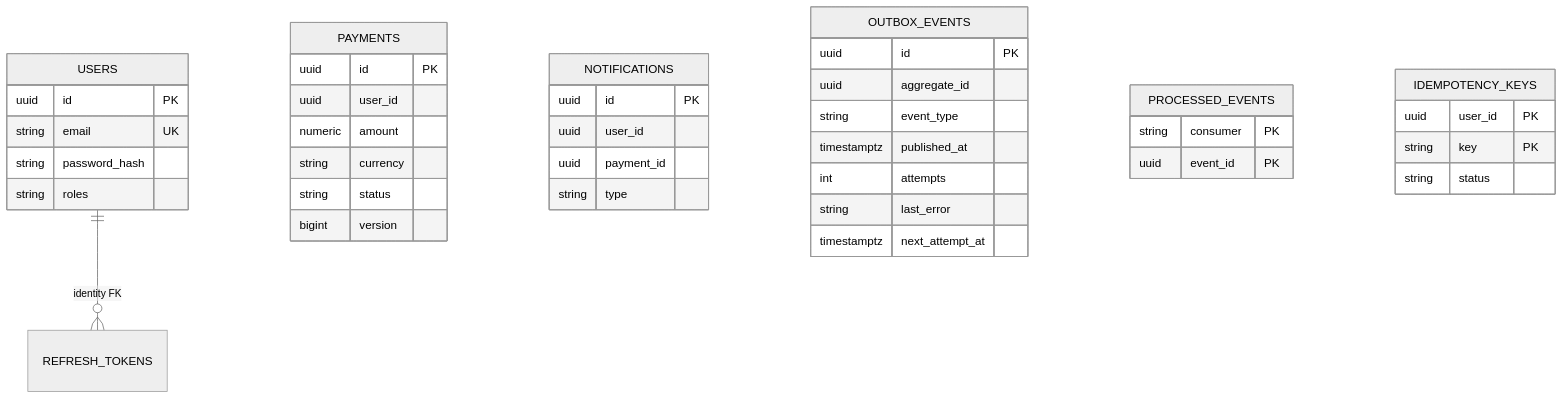
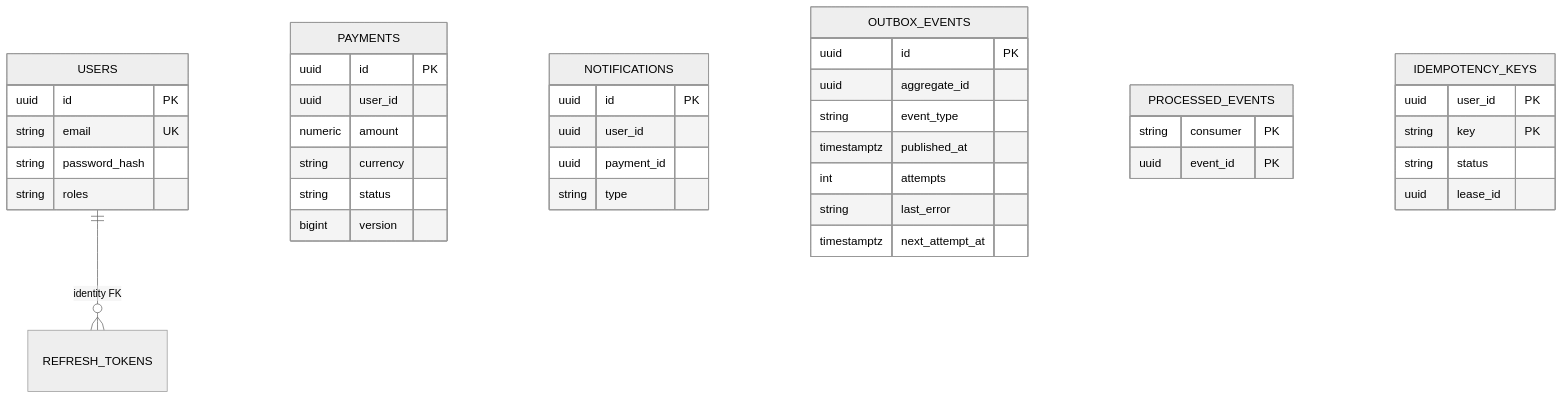
The fifth of 5 diagrams in docs/architecture.md (Andersonlimahw/java-clean-arch-sample), drawn with Mermaid (neutral theme) before and after one commit. The commit also changed other lines of this file and 4 other files, not shown here.

````diff
--- a/docs/architecture.md
+++ b/docs/architecture.md
@@ -192,42 +193,43 @@
 ```mermaid
 erDiagram
     USERS ||--o{ REFRESH_TOKENS : "identity FK"
     USERS {
         uuid id PK
         string email UK
         string password_hash
         string roles
     }
     PAYMENTS {
         uuid id PK
         uuid user_id
         numeric amount
         string currency
         string status
         bigint version
     }
     NOTIFICATIONS {
         uuid id PK
         uuid user_id
         uuid payment_id
         string type
     }
     OUTBOX_EVENTS {
         uuid id PK
         uuid aggregate_id
         string event_type
         timestamptz published_at
         int attempts
         string last_error
         timestamptz next_attempt_at
     }
     PROCESSED_EVENTS {
         string consumer PK
         uuid event_id PK
     }
     IDEMPOTENCY_KEYS {
         uuid user_id PK
         string key PK
         string status
+        uuid lease_id
     }
 ```
````
